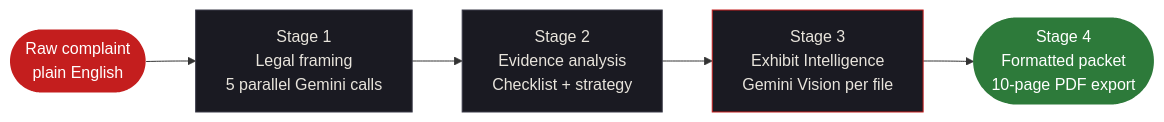
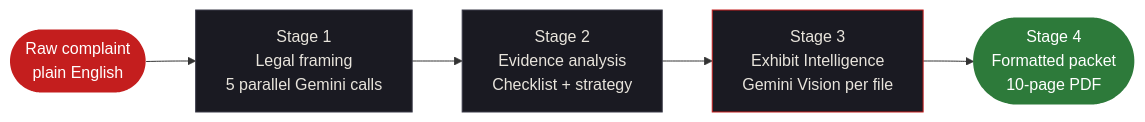
Before and after one commit to Iceman-Dann/Evidence-Locker: the second of 13 diagrams in README.md, drawn with Mermaid. The commit also changed other lines of this file, not shown here.

````diff
--- a/README.md
+++ b/README.md
@@ -72,13 +76,13 @@
 ```mermaid
 flowchart LR
     A(["Raw complaint\nplain English"]) --> B["Stage 1\nLegal framing\n5 parallel Gemini calls"]
     B --> C["Stage 2\nEvidence analysis\nChecklist + strategy"]
     C --> D["Stage 3\nExhibit Intelligence\nGemini Vision per file"]
-    D --> E(["Stage 4\nFormatted packet\n10-page PDF export"])
+    D --> E(["Stage 4\nFormatted packet\n10-page PDF"])
 
     style A fill:#C41E1E,color:#fff,stroke:none
     style E fill:#2D7A3A,color:#fff,stroke:none
     style B fill:#1A1A22,color:#E8E4DC,stroke:#3A3A48
     style C fill:#1A1A22,color:#E8E4DC,stroke:#3A3A48
     style D fill:#1A1A22,color:#E8E4DC,stroke:#C41E1E
 ```
````
